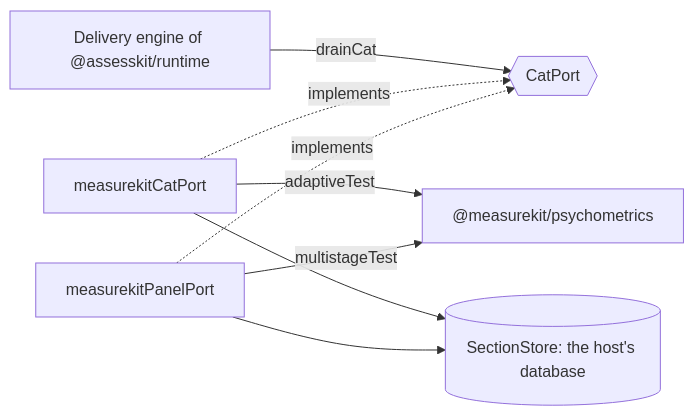
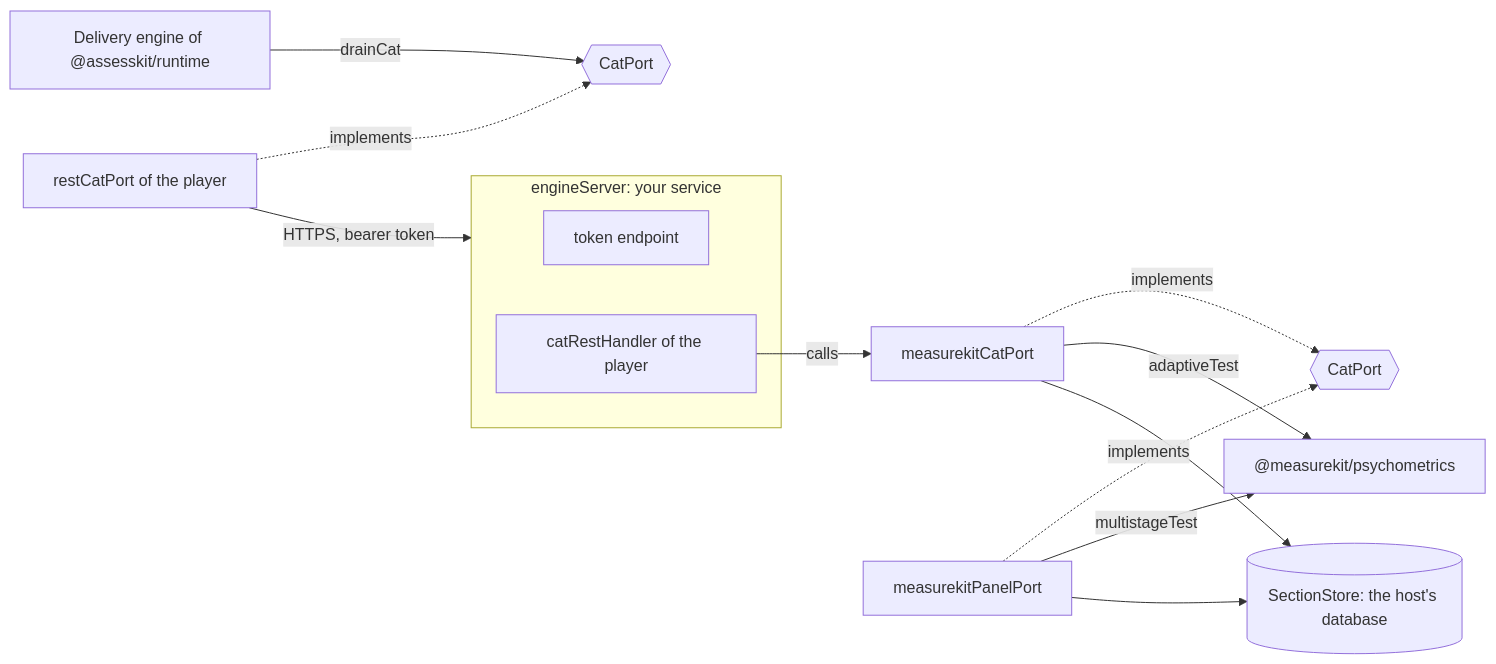
One commit to assesskit/assesskit changed the diagram in examples/player/cat-with-measurekit/README.md. Above: the diagram before and after it, drawn with Mermaid. The commit also changed other lines of this file and 28 other files, not shown here.

First line of the commit message:
Add catRestHandler, the engine side of the CAT 1.0 REST binding

````diff
--- a/examples/player/cat-with-measurekit/README.md
+++ b/examples/player/cat-with-measurekit/README.md
@@ -7,10 +8,17 @@
 ```mermaid
 flowchart LR
   engine["Delivery engine of @assesskit/runtime"] -->|drainCat| port{{"CatPort"}}
-  cat["measurekitCatPort"] -.->|implements| port
-  panel["measurekitPanelPort"] -.->|implements| port
+  client["restCatPort of the player"] -.->|implements| port
+  client -->|"HTTPS, bearer token"| server
+  subgraph server["engineServer: your service"]
+    token["token endpoint"]
+    handler["catRestHandler of the player"]
+  end
+  handler -->|calls| cat
+  cat["measurekitCatPort"] -.->|implements| enginePort{{"CatPort"}}
+  panel["measurekitPanelPort"] -.->|implements| enginePort
   cat -->|"adaptiveTest"| mk["@measurekit/psychometrics"]
   panel -->|"multistageTest"| mk
   cat --> store[("SectionStore: the host's database")]
   panel --> store
 ```
````
